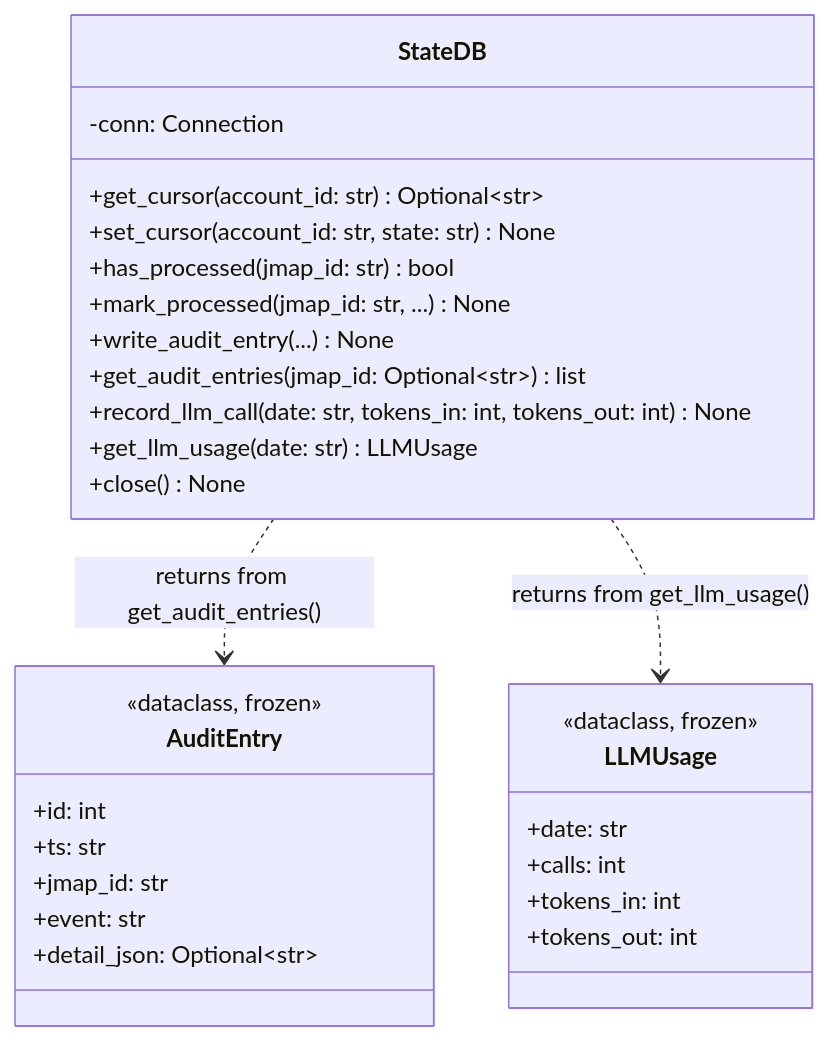
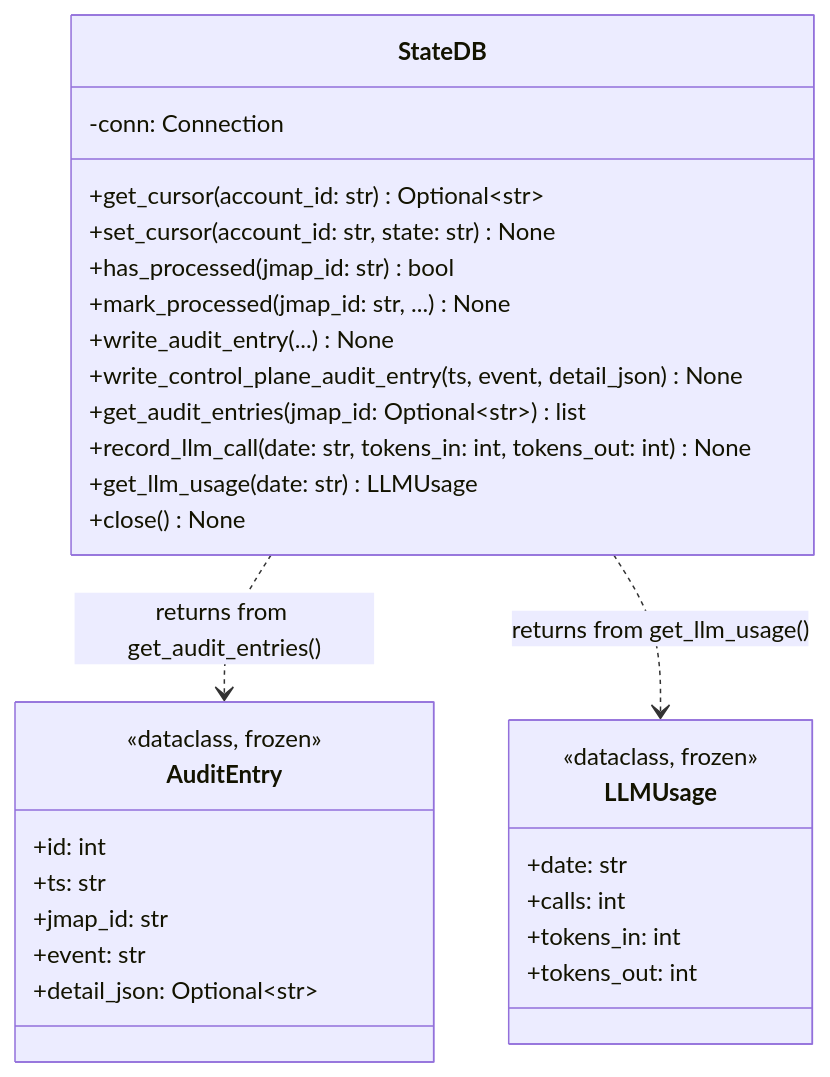
Before and after one commit to Stainless5166/friendly-octo-spork: diagram 24 of 36 in docs/DESIGN.md, drawn with Mermaid. The commit also changed other lines of this file, not shown here.

First line of the commit message:
Design: M7 buildable items — structured logging, per-stage tracing, control-plane audit

````diff
--- a/docs/DESIGN.md
+++ b/docs/DESIGN.md
@@ -1271,33 +1322,34 @@
 ```mermaid
 classDiagram
     class AuditEntry {
         <<dataclass, frozen>>
         +id: int
         +ts: str
         +jmap_id: str
         +event: str
         +detail_json: Optional~str~
     }
     class LLMUsage {
         <<dataclass, frozen>>
         +date: str
         +calls: int
         +tokens_in: int
         +tokens_out: int
     }
     class StateDB {
         -conn: Connection
         +get_cursor(account_id: str) Optional~str~
         +set_cursor(account_id: str, state: str) None
         +has_processed(jmap_id: str) bool
         +mark_processed(jmap_id: str, ...) None
         +write_audit_entry(...) None
+        +write_control_plane_audit_entry(ts, event, detail_json) None
         +get_audit_entries(jmap_id: Optional~str~) list
         +record_llm_call(date: str, tokens_in: int, tokens_out: int) None
         +get_llm_usage(date: str) LLMUsage
         +close() None
     }
 
     StateDB ..> AuditEntry : returns from get_audit_entries()
     StateDB ..> LLMUsage : returns from get_llm_usage()
 ```
````
